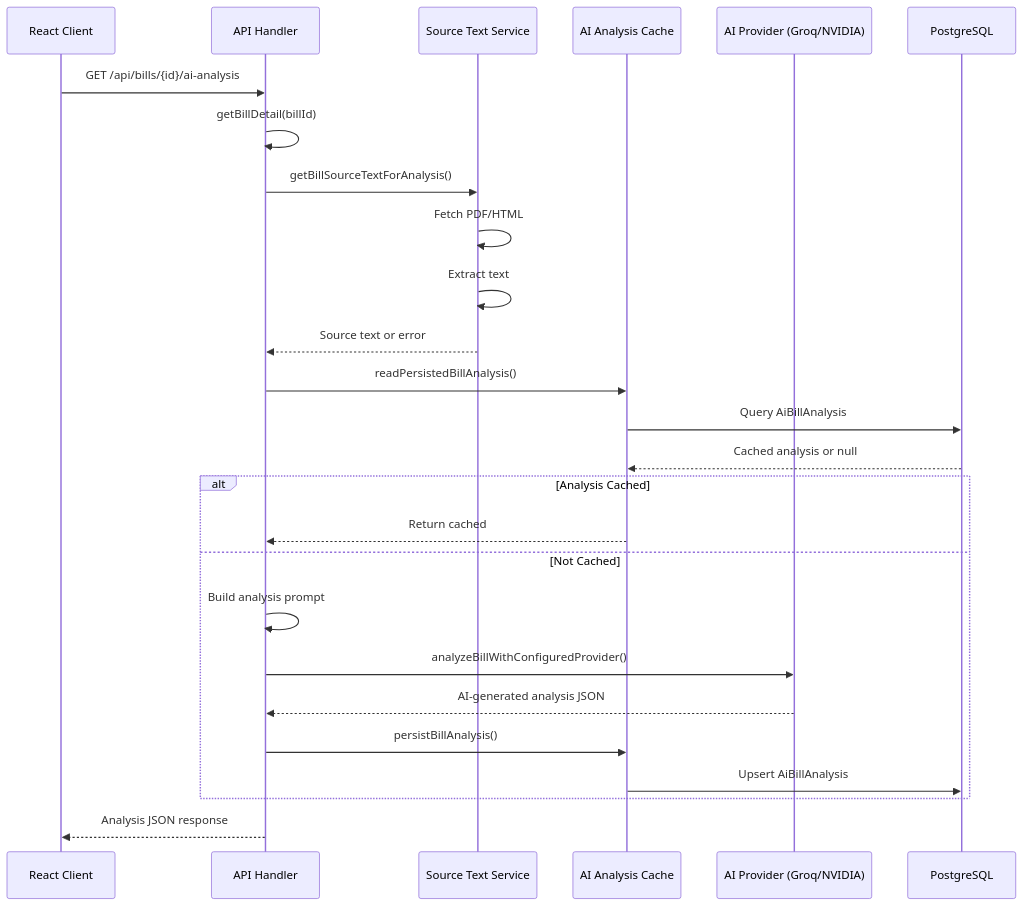
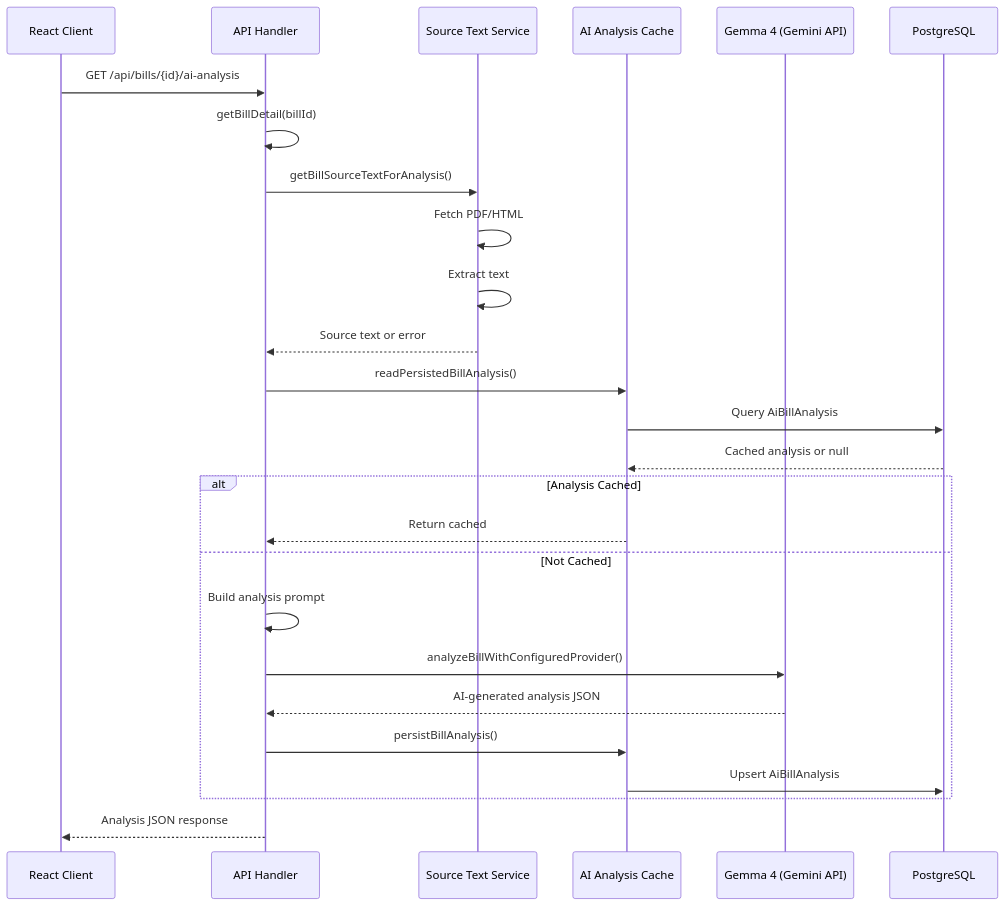
The third of 6 diagrams in docs/DIAGRAM_API_FLOWS.md (prasiddhnaik/Bharat0), drawn with Mermaid before and after one commit. The commit also changed 8 other files, not shown here.

````diff
--- a/docs/DIAGRAM_API_FLOWS.md
+++ b/docs/DIAGRAM_API_FLOWS.md
@@ -79,34 +79,34 @@
 ```mermaid
 sequenceDiagram
     participant Client as React Client
     participant API as API Handler
     participant SourceText as Source Text Service
     participant AICache as AI Analysis Cache
-    participant AI as AI Provider (Groq/NVIDIA)
+    participant AI as Gemma 4 (Gemini API)
     participant DB as PostgreSQL
 
     Client->>API: GET /api/bills/{id}/ai-analysis
 
     API->>API: getBillDetail(billId)
 
     API->>SourceText: getBillSourceTextForAnalysis()
     SourceText->>SourceText: Fetch PDF/HTML
     SourceText->>SourceText: Extract text
     SourceText-->>API: Source text or error
 
     API->>AICache: readPersistedBillAnalysis()
     AICache->>DB: Query AiBillAnalysis
     DB-->>AICache: Cached analysis or null
 
     alt Analysis Cached
         AICache-->>API: Return cached
     else Not Cached
         API->>API: Build analysis prompt
         API->>AI: analyzeBillWithConfiguredProvider()
         AI-->>API: AI-generated analysis JSON
         API->>AICache: persistBillAnalysis()
         AICache->>DB: Upsert AiBillAnalysis
     end
 
     API-->>Client: Analysis JSON response
 ```
````
